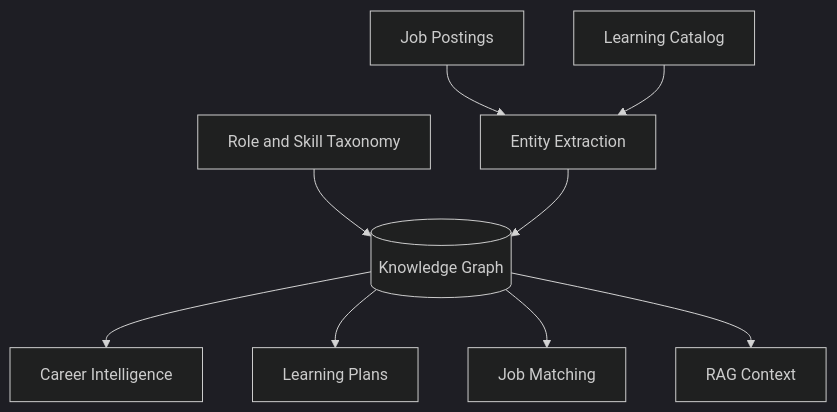
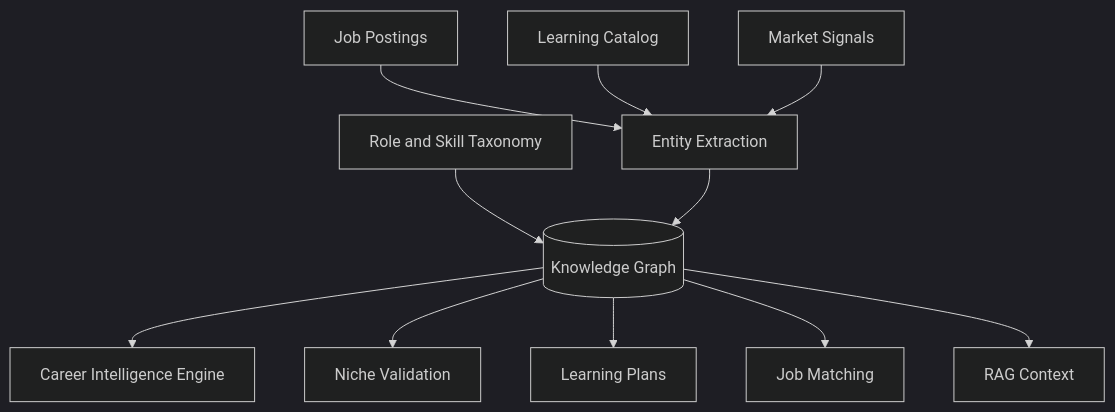
One commit to Mirzzie/Fadi changed the diagram in docs/KNOWLEDGE_GRAPH_ARCHITECTURE.md. Above: the diagram before and after it, drawn with Mermaid (dark theme). The commit also changed other lines of this file and 65 other files, not shown here.

First line of the commit message:
docs: update architecture docs for Better Auth, Kai, and data sources

````diff
--- a/docs/KNOWLEDGE_GRAPH_ARCHITECTURE.md
+++ b/docs/KNOWLEDGE_GRAPH_ARCHITECTURE.md
@@ -35,11 +41,13 @@
 ```mermaid
 flowchart TD
     Taxonomy[Role and Skill Taxonomy] --> Graph[(Knowledge Graph)]
     Jobs[Job Postings] --> Extract[Entity Extraction]
     Courses[Learning Catalog] --> Extract
+    MarketSignals[Market Signals] --> Extract
     Extract --> Graph
-    Graph --> Career[Career Intelligence]
+    Graph --> Career[Career Intelligence Engine]
+    Graph --> NicheValidation[Niche Validation]
     Graph --> Learning[Learning Plans]
     Graph --> Matching[Job Matching]
     Graph --> RAG[RAG Context]
 ```
````
